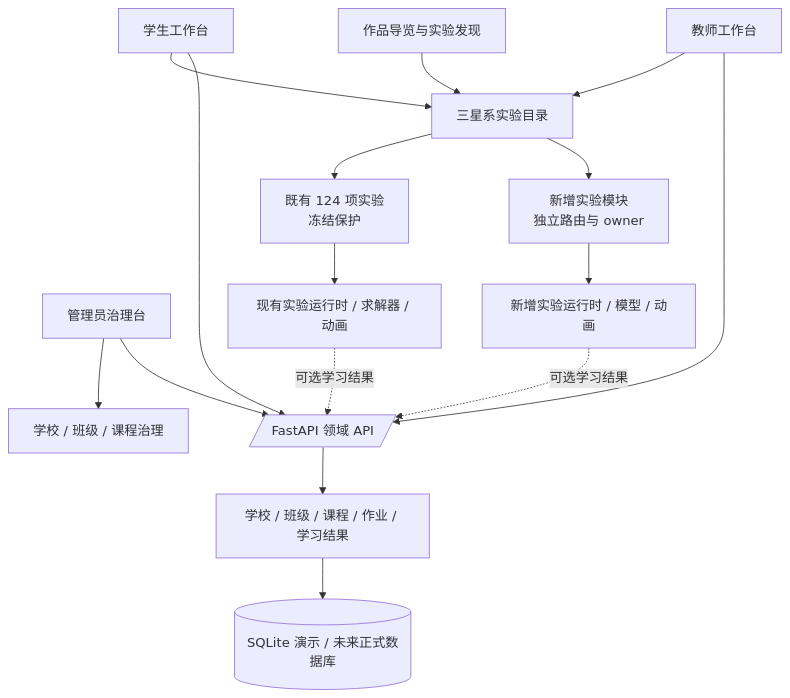
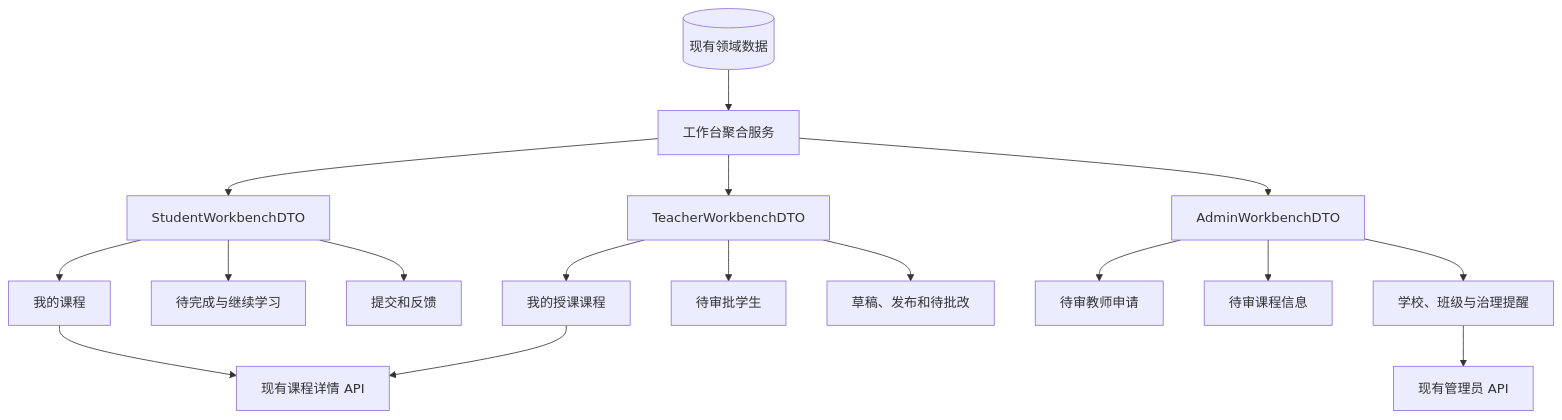
One commit to falling-feather/Astra changed diagram 11 of 13 in doc/02-更新规划.md. Above: the diagram before and after it, drawn with Mermaid. The commit also changed other lines of this file and 11 other files, not shown here.

Commit message:
V8.3.3 DOC docs(planning): 重构课程闭环路线与目标 UML（DOC-003）

```diff
--- a/doc/02-更新规划.md
+++ b/doc/02-更新规划.md
@@ -287,22 +796,23 @@
 ~~~mermaid
 flowchart TB
-    GUIDE[作品导览与实验发现] --> CATALOG[三星系实验目录]
-    STUDENT[学生工作台] --> CATALOG
-    TEACHER[教师工作台] --> CATALOG
-    ADMIN[管理员治理台] --> PLATFORM[学校 / 班级 / 课程治理]
+    DB[(现有领域数据)] --> AGG[工作台聚合服务]
+    AGG --> SDTO[StudentWorkbenchDTO]
+    AGG --> TDTO[TeacherWorkbenchDTO]
+    AGG --> ADTO[AdminWorkbenchDTO]
 
-    CATALOG --> OLD[既有 124 项实验\n冻结保护]
-    CATALOG --> NEW[新增实验模块\n独立路由与 owner]
+    SDTO --> S1[我的课程]
+    SDTO --> S2[待完成与继续学习]
+    SDTO --> S3[提交和反馈]
 
-    OLD --> RUNTIME[现有实验运行时 / 求解器 / 动画]
-    NEW --> NRUNTIME[新增实验运行时 / 模型 / 动画]
+    TDTO --> T1[我的授课课程]
+    TDTO --> T2[待审批学生]
+    TDTO --> T3[草稿、发布和待批改]
 
-    STUDENT --> API[/FastAPI 领域 API/]
-    TEACHER --> API
-    ADMIN --> API
-    API --> DOMAIN[学校 / 班级 / 课程 / 作业 / 学习结果]
-    DOMAIN --> DB[(SQLite 演示 / 未来正式数据库)]
+    ADTO --> A1[待审教师申请]
+    ADTO --> A2[待审课程信息]
+    ADTO --> A3[学校、班级与治理提醒]
 
-    RUNTIME -.可选学习结果.-> API
-    NRUNTIME -.可选学习结果.-> API
+    S1 --> COURSEAPI[现有课程详情 API]
+    T1 --> COURSEAPI
+    A3 --> ADMINAPI[现有管理员 API]
 ~~~
```
